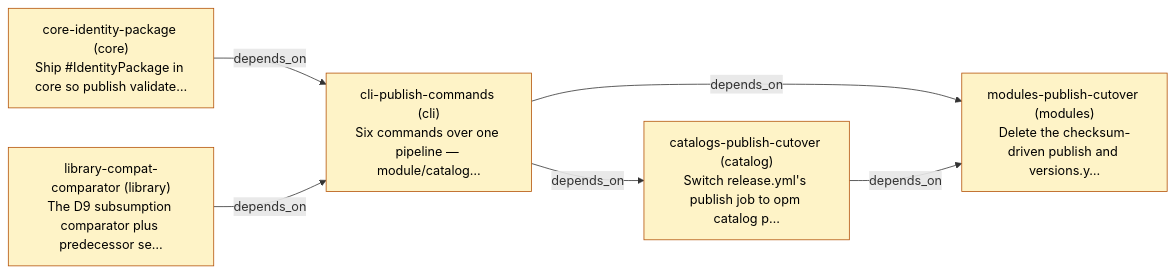
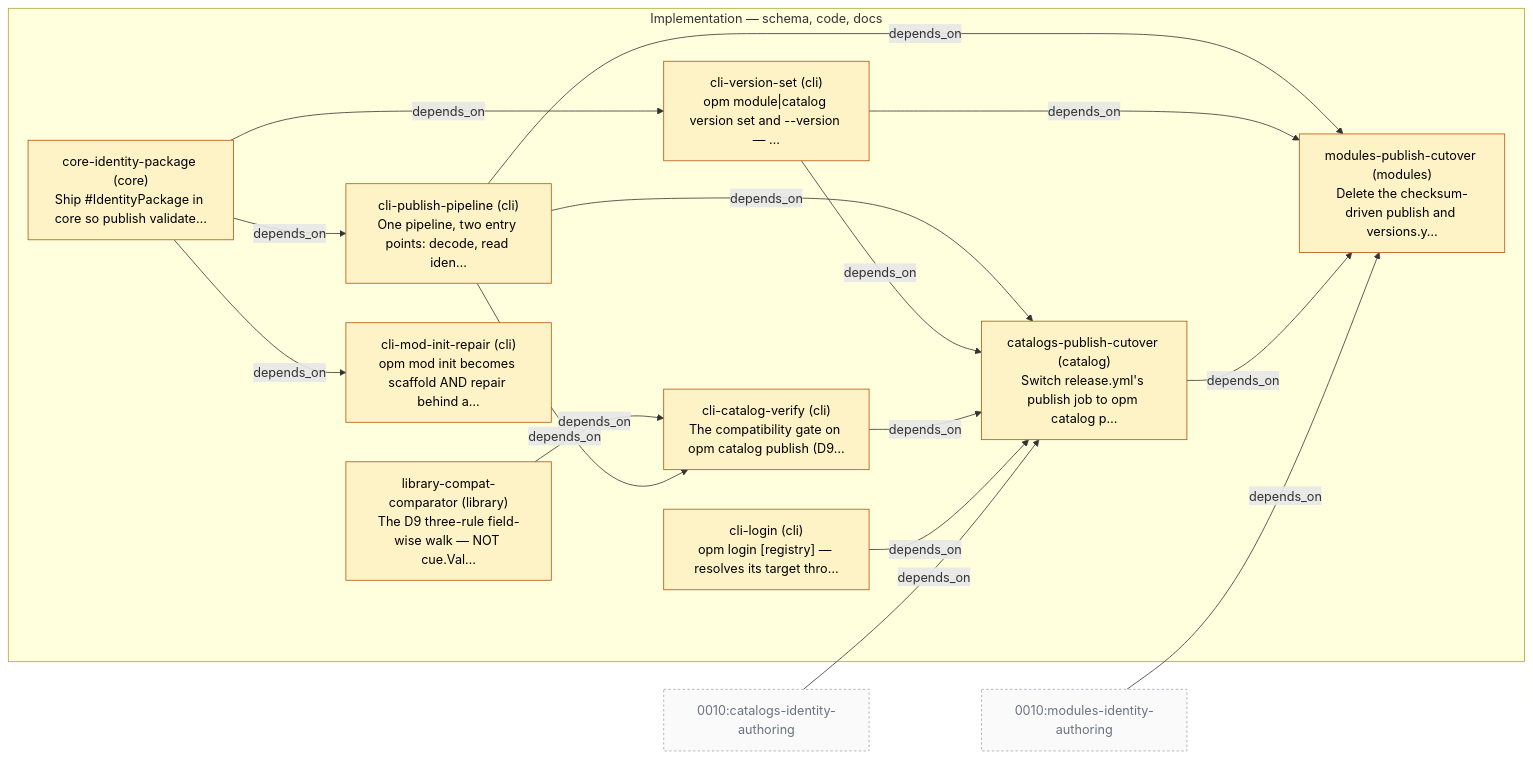
Before and after one commit to open-platform-model/enhancements: the diagram in 0011/PLAN.md, drawn with Mermaid. The commit also changed other lines of this file and 7 other files, not shown here.

Commit message:
feat(enhancements): add slice phase to order implementation before migration

````diff
--- a/0011/PLAN.md
+++ b/0011/PLAN.md
@@ -5,19 +5,37 @@
 ```mermaid
 graph LR
   classDef planned     fill:#fef3c7,stroke:#b45309,color:#000
   classDef in_progress fill:#dbeafe,stroke:#1d4ed8,color:#000
   classDef done        fill:#dcfce7,stroke:#15803d,color:#000
   classDef cancelled   fill:#e5e7eb,stroke:#6b7280,color:#6b7280
   classDef other       fill:#fafafa,stroke:#9ca3af,color:#6b7280,stroke-dasharray:3 3
 
-  S_core-identity-package["core-identity-package (core)\nShip #IdentityPackage in core so publish validate…"]:::planned
-  S_library-compat-comparator["library-compat-comparator (library)\nThe D9 subsumption comparator plus predecessor se…"]:::planned
-  S_cli-publish-commands["cli-publish-commands (cli)\nSix commands over one pipeline — module/catalog…"]:::planned
-  S_catalogs-publish-cutover["catalogs-publish-cutover (catalog)\nSwitch release.yml's publish job to opm catalog p…"]:::planned
-  S_modules-publish-cutover["modules-publish-cutover (modules)\nDelete the checksum-driven publish and versions.y…"]:::planned
-  S_core-identity-package -->|depends_on| S_cli-publish-commands
-  S_library-compat-comparator -->|depends_on| S_cli-publish-commands
-  S_cli-publish-commands -->|depends_on| S_catalogs-publish-cutover
-  S_cli-publish-commands -->|depends_on| S_modules-publish-cutover
+  subgraph PHASE_IMPL["Implementation — schema, code, docs"]
+    S_core-identity-package["core-identity-package (core)\nShip #IdentityPackage in core so publish validate…"]:::planned
+    S_library-compat-comparator["library-compat-comparator (library)\nThe D9 three-rule field-wise walk — NOT cue.Val…"]:::planned
+    S_cli-login["cli-login (cli)\nopm login [registry] — resolves its target thro…"]:::planned
+    S_cli-publish-pipeline["cli-publish-pipeline (cli)\nOne pipeline, two entry points: decode, read iden…"]:::planned
+    S_cli-version-set["cli-version-set (cli)\nopm module|catalog version set and --version — …"]:::planned
+    S_cli-catalog-verify["cli-catalog-verify (cli)\nThe compatibility gate on opm catalog publish (D9…"]:::planned
+    S_cli-mod-init-repair["cli-mod-init-repair (cli)\nopm mod init becomes scaffold AND repair behind a…"]:::planned
+    S_catalogs-publish-cutover["catalogs-publish-cutover (catalog)\nSwitch release.yml's publish job to opm catalog p…"]:::planned
+    S_modules-publish-cutover["modules-publish-cutover (modules)\nDelete the checksum-driven publish and versions.y…"]:::planned
+  end
+
+  S_core-identity-package -->|depends_on| S_cli-publish-pipeline
+  S_core-identity-package -->|depends_on| S_cli-version-set
+  S_library-compat-comparator -->|depends_on| S_cli-catalog-verify
+  S_cli-publish-pipeline -->|depends_on| S_cli-catalog-verify
+  S_core-identity-package -->|depends_on| S_cli-mod-init-repair
+  S_cli-publish-pipeline -->|depends_on| S_catalogs-publish-cutover
+  S_cli-version-set -->|depends_on| S_catalogs-publish-cutover
+  S_cli-catalog-verify -->|depends_on| S_catalogs-publish-cutover
+  S_cli-login -->|depends_on| S_catalogs-publish-cutover
+  X_0010_catalogs-identity-authoring["0010:catalogs-identity-authoring"]:::other
+  X_0010_catalogs-identity-authoring -->|depends_on| S_catalogs-publish-cutover
+  S_cli-publish-pipeline -->|depends_on| S_modules-publish-cutover
+  S_cli-version-set -->|depends_on| S_modules-publish-cutover
   S_catalogs-publish-cutover -->|depends_on| S_modules-publish-cutover
+  X_0010_modules-identity-authoring["0010:modules-identity-authoring"]:::other
+  X_0010_modules-identity-authoring -->|depends_on| S_modules-publish-cutover
 ```
````
